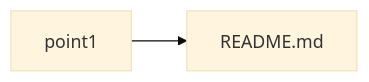
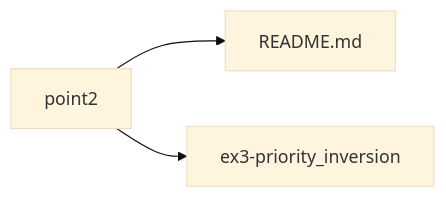
Before and after one commit to smokyisthatyou/STM32Nucleo64: the third of 5 diagrams in README.md, drawn with Mermaid.

````diff
--- a/README.md
+++ b/README.md
@@ -54,8 +53,10 @@
 ```mermaid
 %%{init: {'theme':'base'}}%%
 graph LR;
-point1-->README.md;
+point2-->README.md;
+point2-->ex3-priority_inversion;
+
 
 click README.md href "https://baltig.polito.it/caos2023/group2/-/blob/point2/README.md" "Link to README.md";
 
 ```
````
